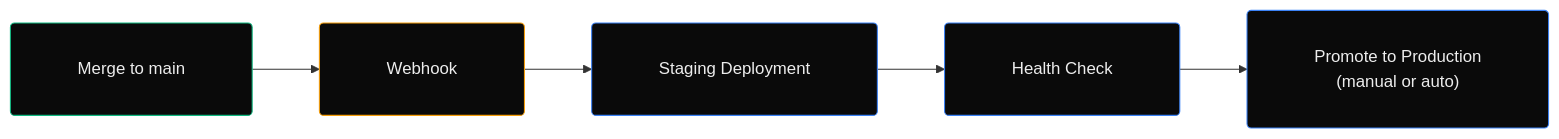
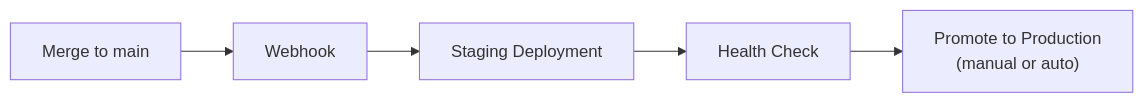
The second of 2 diagrams in platform/portal/public/docs/getting-started/deploy-your-app.md (Mpratyush54/server-automation), drawn with Mermaid before and after one commit. The commit also changed other lines of this file and 53 other files, not shown here.

````diff
--- a/platform/portal/public/docs/getting-started/deploy-your-app.md
+++ b/platform/portal/public/docs/getting-started/deploy-your-app.md
@@ -73,18 +72,13 @@
 ```mermaid
-%%{init: {"flowchart": {"curve": "stepBefore", "padding": 32, "nodeSpacing": 64, "rankSpacing": 64}}}%%
 graph LR
-    classDef action fill:#0a0a0a,stroke:#10b981,stroke-width:1px,color:#ededed,rx:4px;
-    classDef external fill:#0a0a0a,stroke:#f59e0b,stroke-width:1px,color:#ededed,rx:4px;
-    classDef platform fill:#0a0a0a,stroke:#3b82f6,stroke-width:1px,color:#ededed,rx:4px;
-
-    Merge["Merge to main"]:::action
-    WH["Webhook"]:::external
-    Staging["Staging Deployment"]:::platform
-    Health["Health Check"]:::platform
-    Prod["Promote to Production<br/>(manual or auto)"]:::platform
+    Merge["Merge to main"]
+    WH["Webhook"]
+    Staging["Staging Deployment"]
+    Health["Health Check"]
+    Prod["Promote to Production<br/>(manual or auto)"]
 
     Merge --> WH
     WH --> Staging
     Staging --> Health
     Health --> Prod
 ```
````
